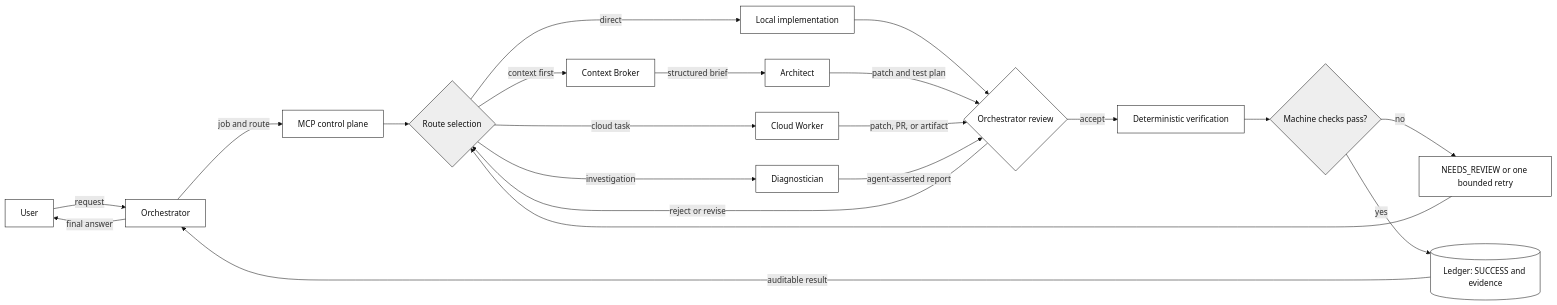
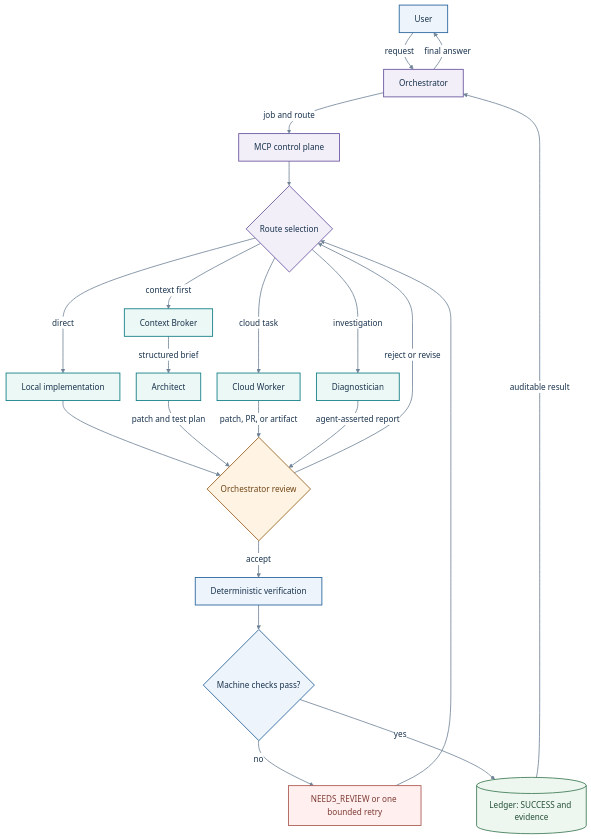
Before and after one commit to SpadesZ/dev-triangle-mcp: the second of 3 diagrams in README.md, drawn with Mermaid. The commit also changed other lines of this file, not shown here.

Commit message:
docs: improve workflow diagram layout and styling

````diff
--- a/README.md
+++ b/README.md
@@ -173,31 +189,40 @@
 ```mermaid
-flowchart LR
+%%{init: {"theme": "base", "themeVariables": {"fontFamily": "Arial, sans-serif", "fontSize": "16px", "primaryTextColor": "#19334D", "lineColor": "#708498", "edgeLabelBackground": "#FFFFFF", "background": "#FFFFFF"}, "flowchart": {"curve": "basis", "nodeSpacing": 32, "rankSpacing": 48}}}%%
+flowchart TB
   U["User"] -->|request| O["Orchestrator"]
   O -->|job and route| M["MCP control plane"]
   M --> R{"Route selection"}
   R -->|direct| L["Local implementation"]
   R -->|context first| B["Context Broker"]
   B -->|structured brief| A["Architect"]
   R -->|cloud task| W["Cloud Worker"]
   R -->|investigation| D["Diagnostician"]
   L --> G{"Orchestrator review"}
   A -->|patch and test plan| G
   W -->|patch, PR, or artifact| G
   D -->|agent-asserted report| G
   G -->|reject or revise| R
   G -->|accept| V["Deterministic verification"]
   V --> Q{"Machine checks pass?"}
   Q -->|no| N["NEEDS_REVIEW or one bounded retry"]
   N --> R
   Q -->|yes| S[("Ledger: SUCCESS and evidence")]
   S -->|auditable result| O
   O -->|final answer| U
 
-  classDef process fill:#ffffff,stroke:#111111,color:#111111,stroke-width:1px;
-  classDef decision fill:#eeeeee,stroke:#111111,color:#111111,stroke-width:1px;
-  classDef store fill:#ffffff,stroke:#111111,color:#111111,stroke-width:1px;
-  class U,O,M,L,B,A,W,D,G,V,N process;
-  class R,Q decision;
-  class S store;
-  linkStyle default stroke:#111111,stroke-width:1px;
+  classDef input fill:#EDF4FC,stroke:#27649B,color:#19334D,stroke-width:1.7px;
+  classDef control fill:#F2EFF9,stroke:#6B56A0,color:#19334D,stroke-width:1.7px;
+  classDef work fill:#ECF8F5,stroke:#117D85,color:#19334D,stroke-width:1.7px;
+  classDef review fill:#FFF4E4,stroke:#98601D,color:#714616,stroke-width:1.7px;
+  classDef verify fill:#EDF4FC,stroke:#27649B,color:#19334D,stroke-width:1.7px;
+  classDef record fill:#EDF7F0,stroke:#417C58,color:#254F35,stroke-width:1.7px;
+  classDef retry fill:#FFF0EF,stroke:#AB5951,color:#7E3A34,stroke-width:1.7px;
+  linkStyle default stroke:#708498,stroke-width:1.6px;
+  class U input;
+  class O,M,R control;
+  class L,B,A,W,D work;
+  class G review;
+  class V,Q verify;
+  class S record;
+  class N retry;
 ```
````
